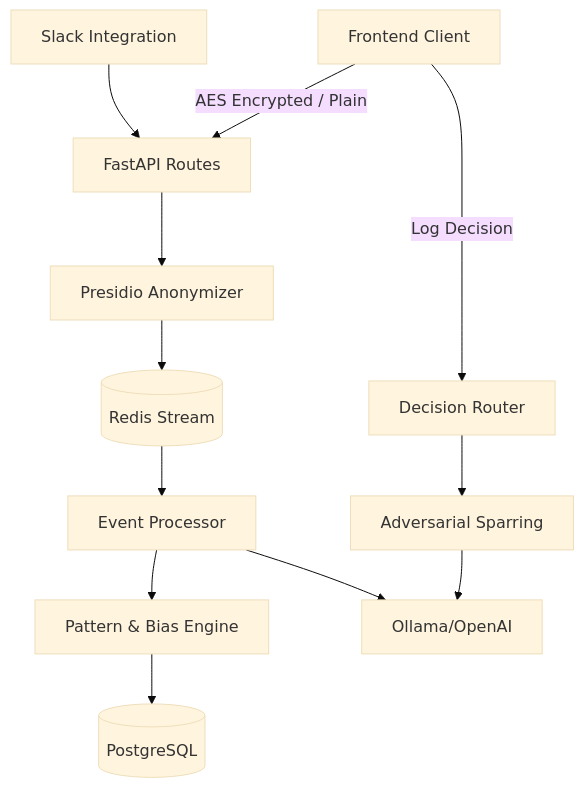
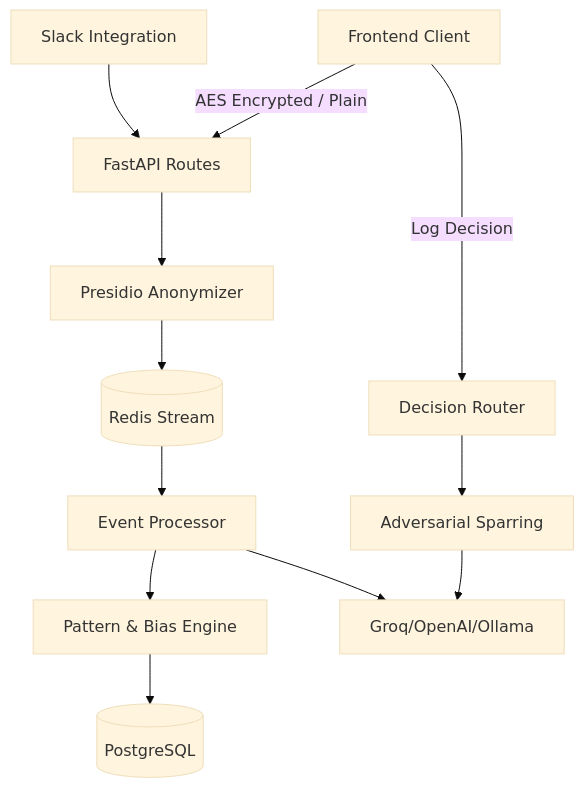
Before and after one commit to sanjanar-seedling/Stratergic_thinkers: the diagram in docs/architecture.md, drawn with Mermaid (base theme). The commit also changed other lines of this file and 25 other files, not shown here.

First line of the commit message:
Add Groq as default LLM provider, fix OAuth flows, and enhance PII anonymization

````diff
--- a/docs/architecture.md
+++ b/docs/architecture.md
@@ -37,15 +37,15 @@
 ```mermaid
 graph TD
     UI[Frontend Client] -->|AES Encrypted / Plain| API[FastAPI Routes]
     Slack[Slack Integration] --> API
     API --> PII[Presidio Anonymizer]
     PII --> Stream[(Redis Stream)]
     Stream --> Worker[Event Processor]
     Worker --> Engine[Pattern & Bias Engine]
     Engine --> DB[(PostgreSQL)]
     
     UI -->|Log Decision| Decisions[Decision Router]
     Decisions --> Spar[Adversarial Sparring]
-    Spar --> LLM[Ollama/OpenAI]
+    Spar --> LLM[Groq/OpenAI/Ollama]
     Worker --> LLM
 ```
````
